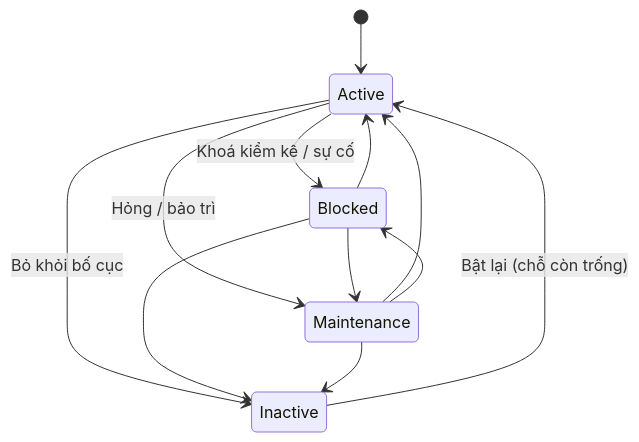
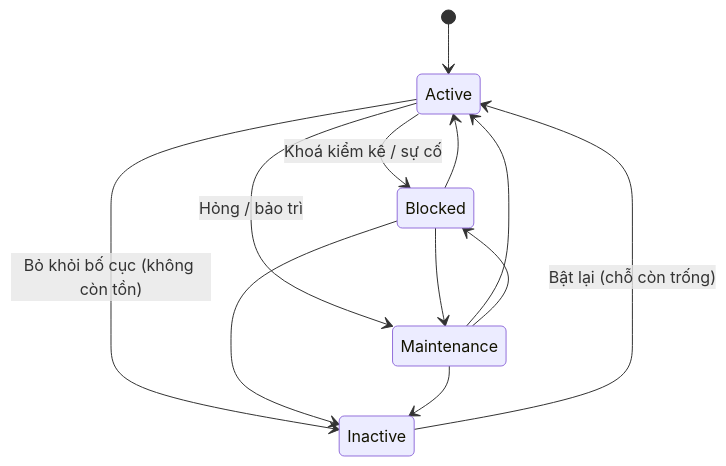
Before and after one commit to KLTN-FA26/docs: the diagram in docs/warehouse/06-warehouse-map-slotting/README.md, drawn with Mermaid. The commit also changed other lines of this file and 18 other files, not shown here.

````diff
--- a/docs/warehouse/06-warehouse-map-slotting/README.md
+++ b/docs/warehouse/06-warehouse-map-slotting/README.md
@@ -229,14 +232,14 @@
 ```mermaid
 stateDiagram-v2
     [*] --> Active
     Active --> Blocked: Khoá kiểm kê / sự cố
     Active --> Maintenance: Hỏng / bảo trì
     Blocked --> Active
     Maintenance --> Active
     Blocked --> Maintenance
     Maintenance --> Blocked
-    Active --> Inactive: Bỏ khỏi bố cục
+    Active --> Inactive: Bỏ khỏi bố cục (không còn tồn)
     Blocked --> Inactive
     Maintenance --> Inactive
     Inactive --> Active: Bật lại (chỗ còn trống)
 ```
````
